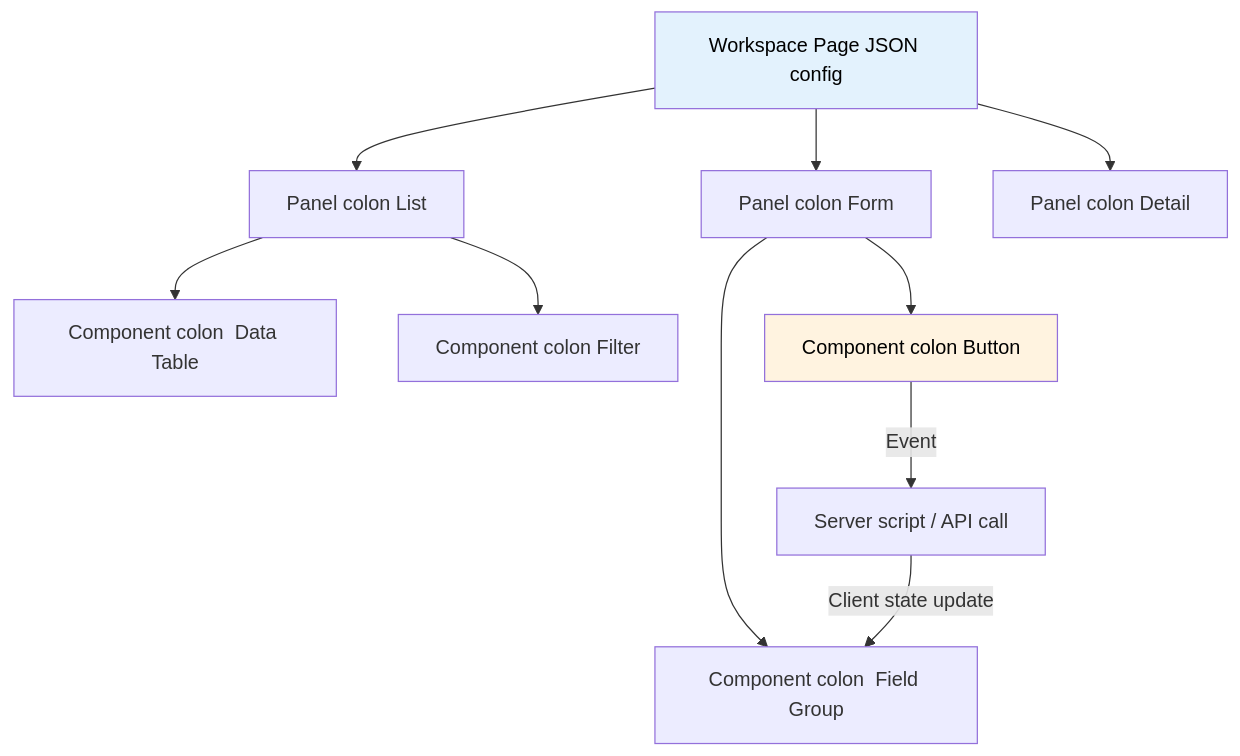
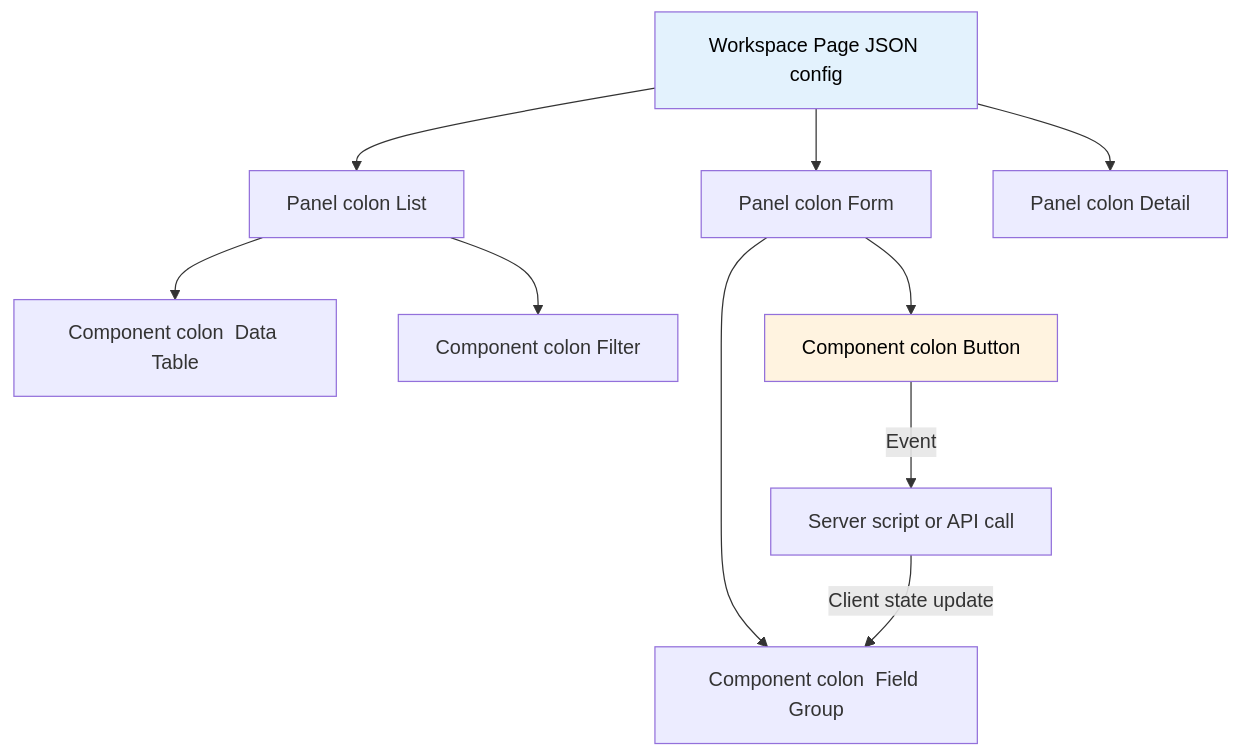
One commit to eltonaguiar/ServiceNow_Learning_TSOM-_CSM_FSM_SalesCRM_HAM_ITSM changed the fourth of 5 diagrams in docs/modules/app-engine/app-engine-guide.md. Above: the diagram before and after it, drawn with Mermaid. The commit also changed other lines of this file and 19 other files, not shown here.

First line of the commit message:
Fix Mermaid diagram syntax errors - replace problematic chars in text content only

````diff
--- a/docs/modules/app-engine/app-engine-guide.md
+++ b/docs/modules/app-engine/app-engine-guide.md
@@ -271,17 +271,17 @@
 ```mermaid
 graph TD
     Page[Workspace Page JSON config] --> Panel1[Panel colon  List]
     Page --> Panel2[Panel colon  Form]
     Page --> Panel3[Panel colon  Detail]
 
     Panel1 --> Comp1[Component colon  Data Table]
     Panel1 --> Comp2[Component colon  Filter]
 
     Panel2 --> Comp3[Component colon  Field Group]
     Panel2 --> Comp4[Component colon  Button]
-    Comp4 -->|Event| Server[Server script / API call]
+    Comp4 -->|Event| Server[Server script  or  API call]
     Server -->|Client state update| Comp3
 
     style Page fill:#e3f2fd,color:#000
     style Comp4 fill:#fff3e0,color:#000
 ```
````
